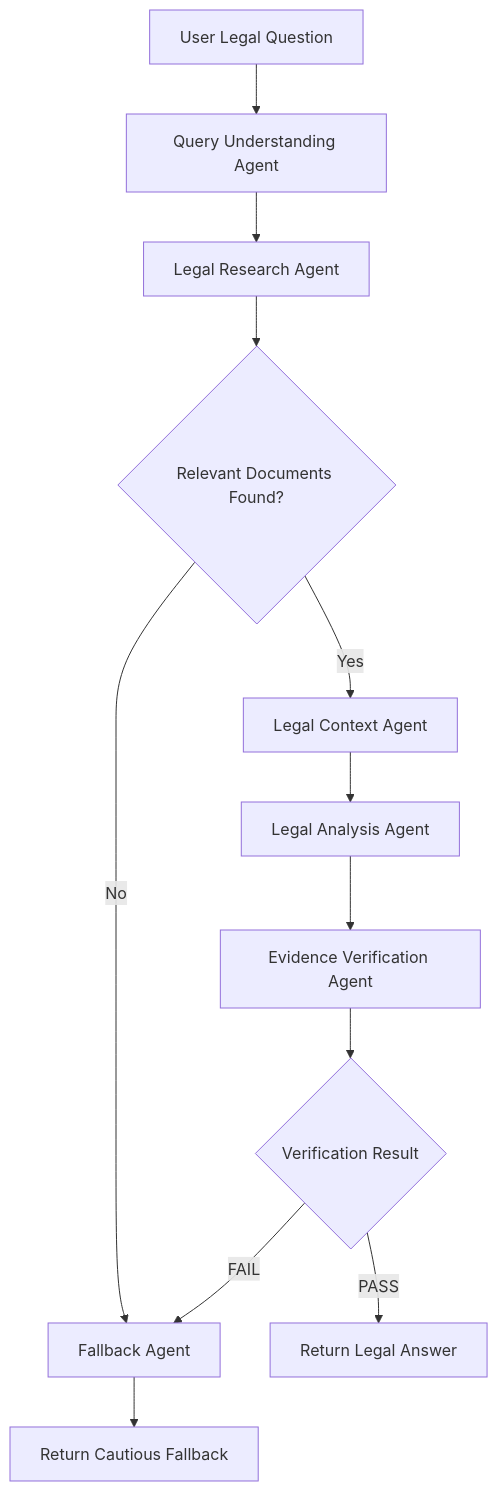
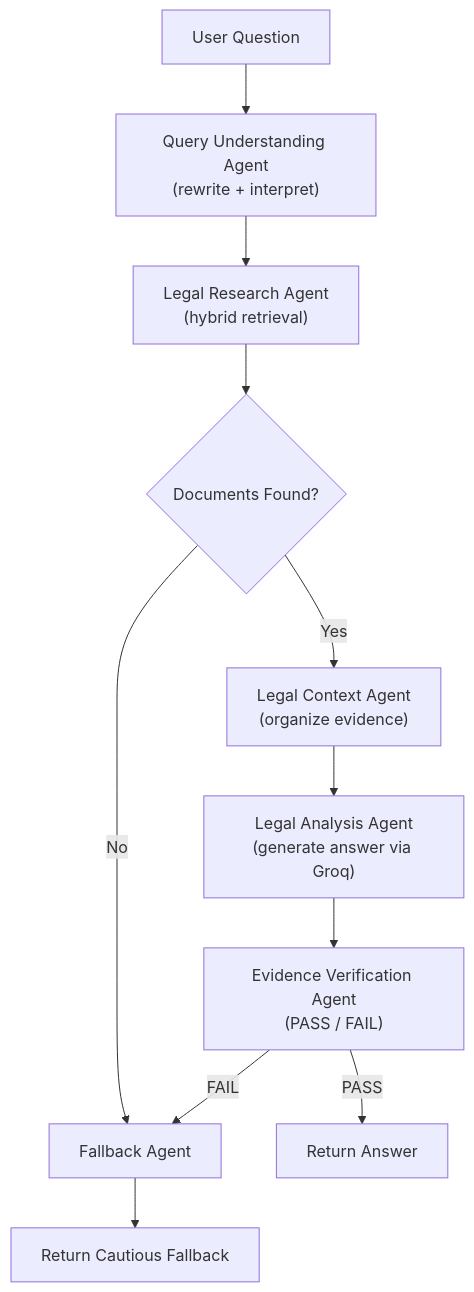
One commit to ayushrajput545/NyayaAI changed the fifth of 6 diagrams in Readme.md. Above: the diagram before and after it, drawn with Mermaid. The commit also changed other lines of this file, not shown here.

````diff
--- a/Readme.md
+++ b/Readme.md
@@ -673,20 +264,13 @@
 ```mermaid
 flowchart TD
-    A["User Legal Question"] --> B["Query Understanding Agent"]
-    
-    B --> C["Legal Research Agent"]
-    C --> D{"Relevant Documents Found?"}
-    
-    D -->|"No"| I["Fallback Agent"]
-    D -->|"Yes"| E["Legal Context Agent"]
-    
-    E --> F["Legal Analysis Agent"]
-    F --> G["Evidence Verification Agent"]
-    
-    G --> H{"Verification Result"}
-    
-    H -->|"PASS"| J["Return Legal Answer"]
-    H -->|"FAIL"| I
-    
-    I --> K["Return Cautious Fallback"]
+    A["User Question"] --> B["Query Understanding Agent\n(rewrite + interpret)"]
+    B --> C["Legal Research Agent\n(hybrid retrieval)"]
+    C --> D{"Documents Found?"}
+    D -->|Yes| E["Legal Context Agent\n(organize evidence)"]
+    D -->|No| I["Fallback Agent"]
+    E --> F["Legal Analysis Agent\n(generate answer via Groq)"]
+    F --> G["Evidence Verification Agent\n(PASS / FAIL)"]
+    G -->|PASS| H["Return Answer"]
+    G -->|FAIL| I
+    I --> J["Return Cautious Fallback"]
 ```
````
